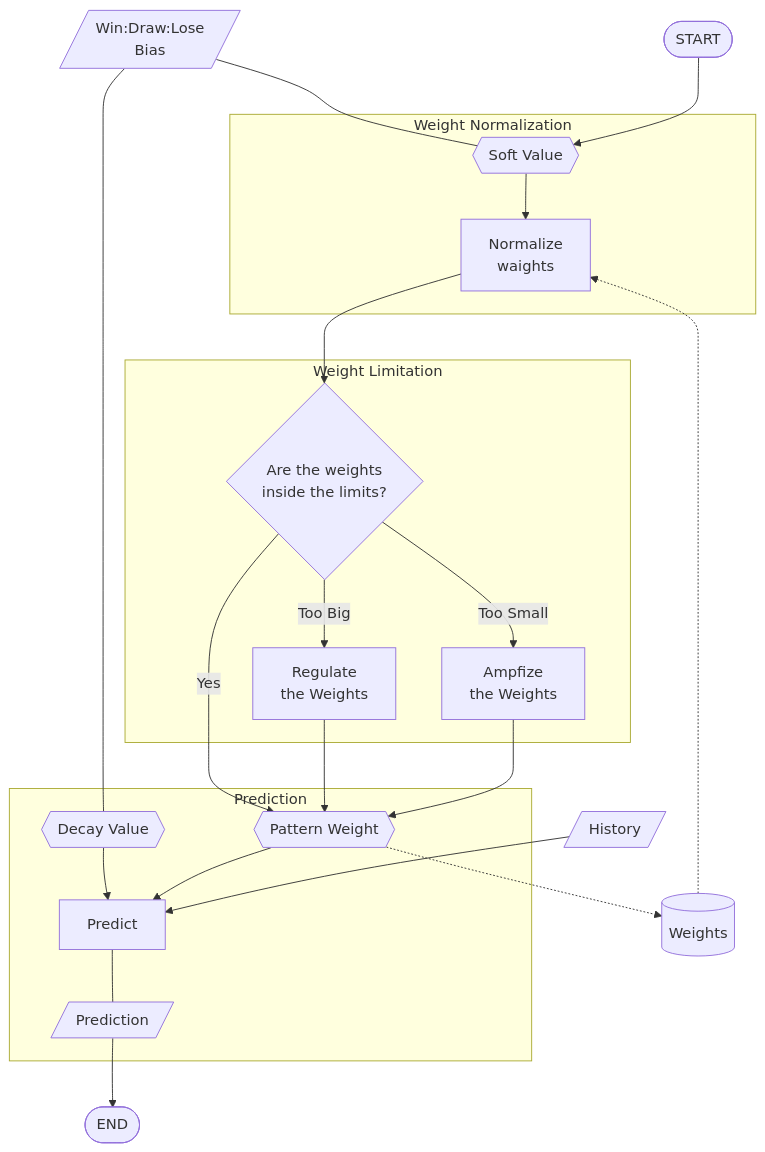
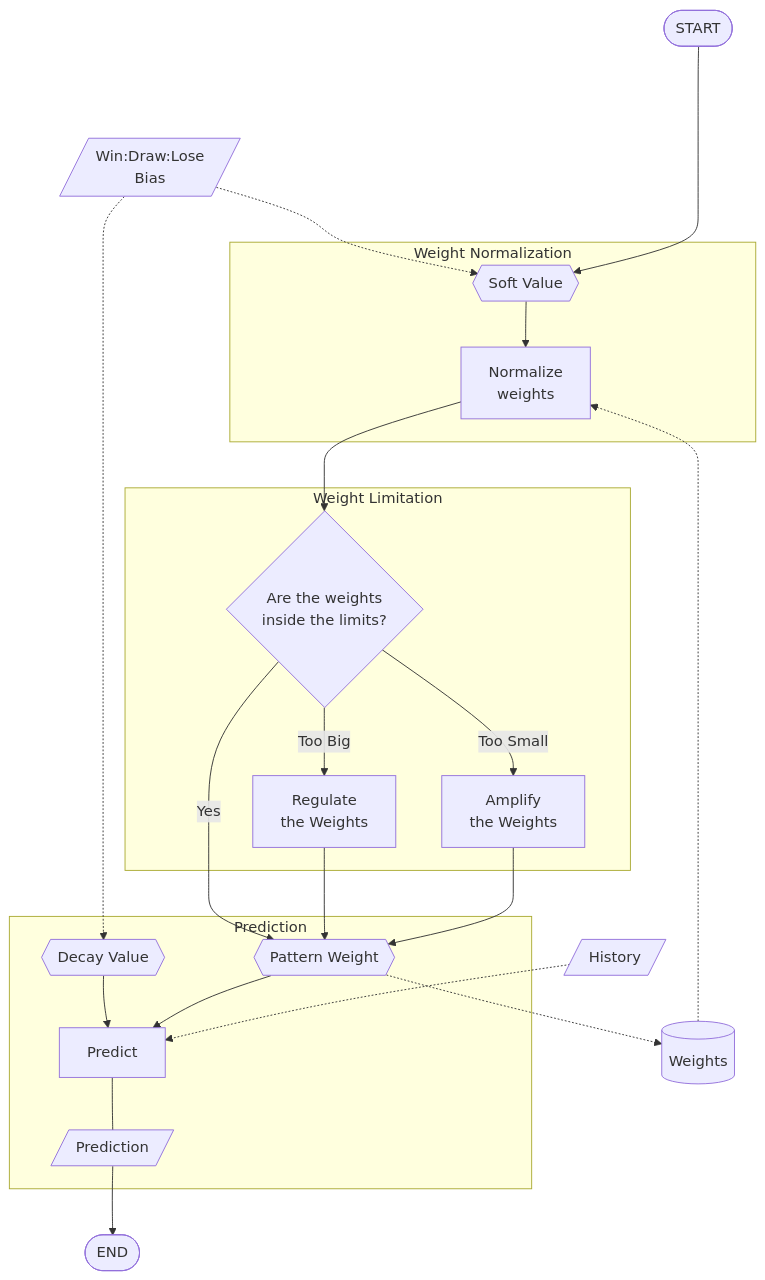
One commit to Ryuji-Hazama/AI_RSP_Game changed the fourth of 6 diagrams in README.md. Above: the diagram before and after it, drawn with Mermaid. The commit also changed other lines of this file and 2 other files, not shown here.

````diff
--- a/README.md
+++ b/README.md
@@ -176,39 +179,39 @@
 ```mermaid
 graph TD;
 
 Bias[/"Win:Draw:Lose
     Bias"/];
 We[("Weights")];
 ST(["START"]);
 His[/"History"/];
 
   subgraph Lim["Weight Limitation"];
     C{"Are the weights
     inside the limits?"} -->|Too Big|R["Regulate
     the Weights"];
-    C -->|Too Small|A["Ampfize
+    C -->|Too Small|A["Amplify
     the Weights"];
   end
   subgraph Nor["Weight Normalization"];
     Sv{{"Soft Value"}} --> N["Normalize
-    waights"];
+    weights"];
   end
   subgraph Pre["Prediction"];
     Dv{{"Decay Value"}} --> P1["Predict"];
     P1 --- iP[/"Prediction"/];
     Pw{{"Pattern Weight"}} --> P1;
   end
 
-  His --> P1;
-  Bias --- Dv;
-  Bias --- Sv;
-  ST --> Sv;
+  His -.-> P1;
+  Bias -.-> Dv;
+  Bias -.-> Sv;
+  ST ----> Sv;
   We -.-> N;
 
   N --> C;
   C -->|Yes| Pw;
   R --> Pw;
   A --> Pw;
   Pw -.-> We;
   iP --> E(["END"]);
 ```
````
